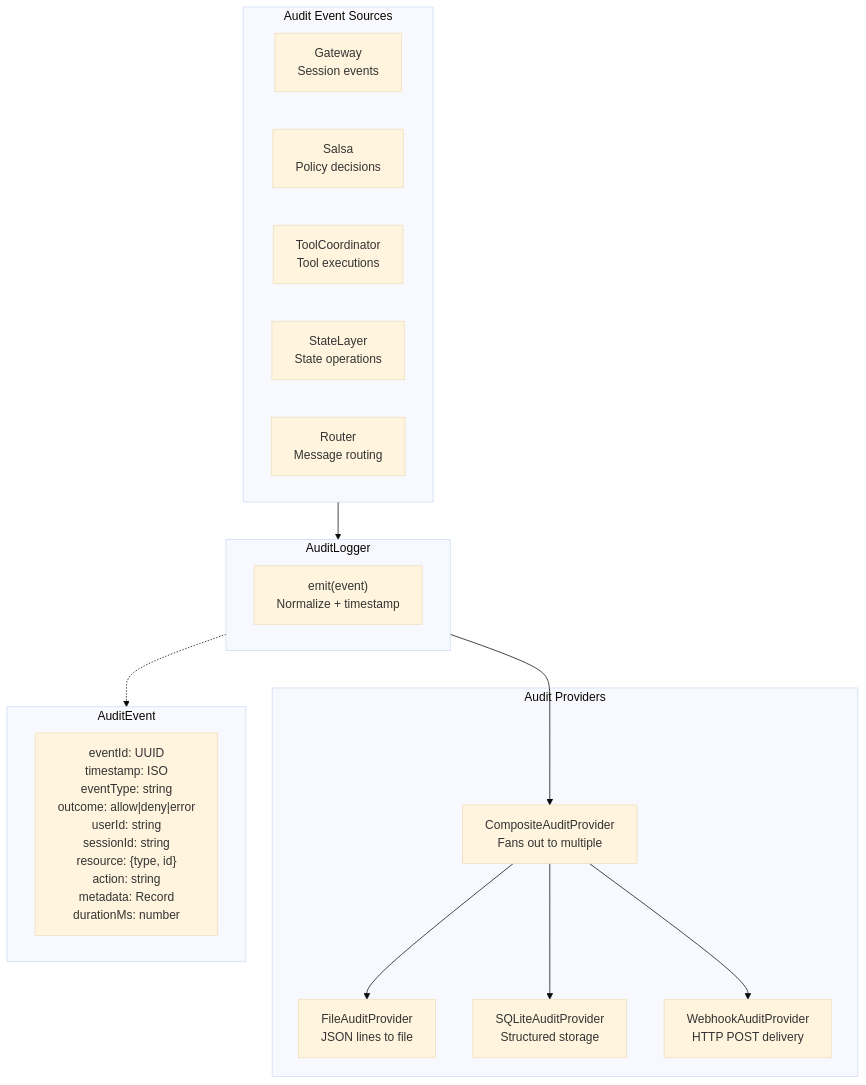
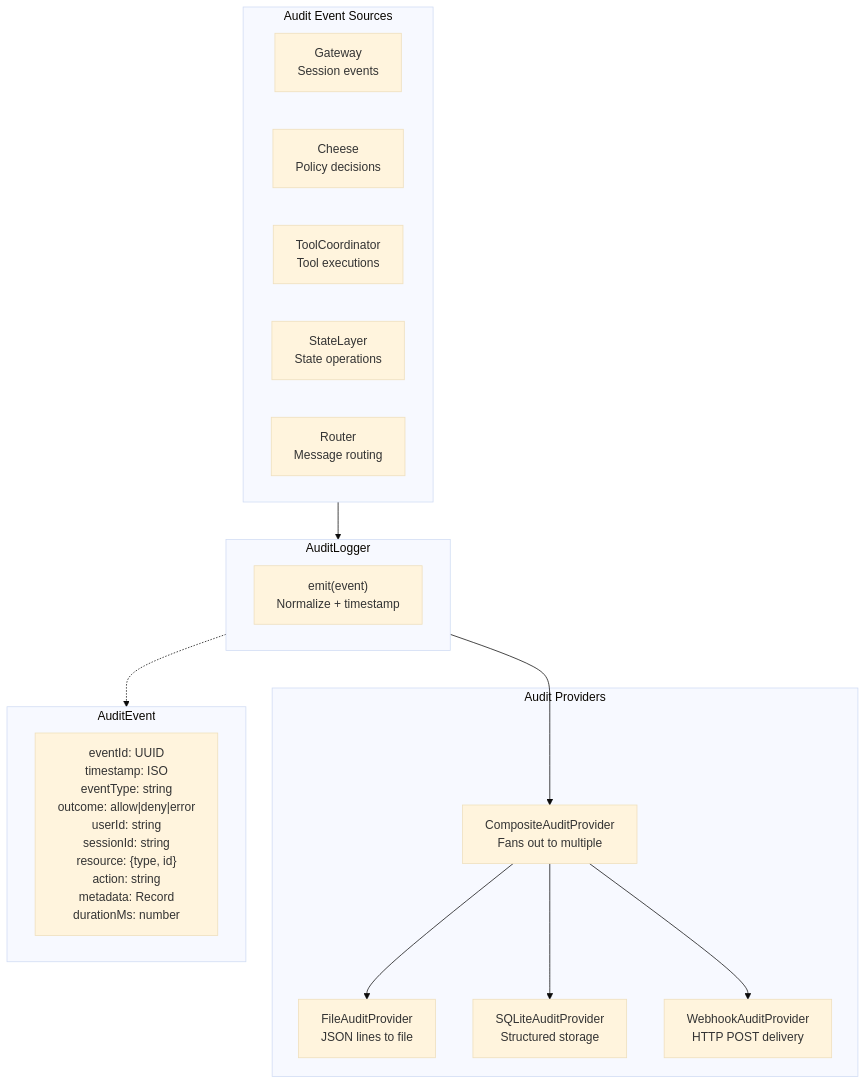
Diagram 22 of 29 in internal/diagrams.md (Nacho-Labs-LLC/nachos-docs), drawn with Mermaid before and after one commit. The commit also changed other lines of this file and 3 other files, not shown here.

Commit message:
salsa -> cheese

````diff
--- a/internal/diagrams.md
+++ b/internal/diagrams.md
@@ -1146,32 +1146,32 @@
 ```mermaid
 %%{init: {'theme': 'base'}}%%
 
 flowchart TB
     subgraph Sources["Audit Event Sources"]
         GatewayA["Gateway<br/>Session events"]
-        SalsaA["Salsa<br/>Policy decisions"]
+        CheeseA["Cheese<br/>Policy decisions"]
         ToolsA["ToolCoordinator<br/>Tool executions"]
         StateLA["StateLayer<br/>State operations"]
         RouterA["Router<br/>Message routing"]
     end
 
     subgraph Logger["AuditLogger"]
         Emit["emit(event)<br/>Normalize + timestamp"]
     end
 
     subgraph ProvidersA["Audit Providers"]
         Composite["CompositeAuditProvider<br/>Fans out to multiple"]
         FileP["FileAuditProvider<br/>JSON lines to file"]
         SQLiteP["SQLiteAuditProvider<br/>Structured storage"]
         WebhookP["WebhookAuditProvider<br/>HTTP POST delivery"]
     end
 
     subgraph Event["AuditEvent"]
         Fields["eventId: UUID<br/>timestamp: ISO<br/>eventType: string<br/>outcome: allow|deny|error<br/>userId: string<br/>sessionId: string<br/>resource: {type, id}<br/>action: string<br/>metadata: Record<br/>durationMs: number"]
     end
 
     Sources --> Logger
     Logger --> Composite
     Composite --> FileP & SQLiteP & WebhookP
     Logger -.-> Event
 ```
````
